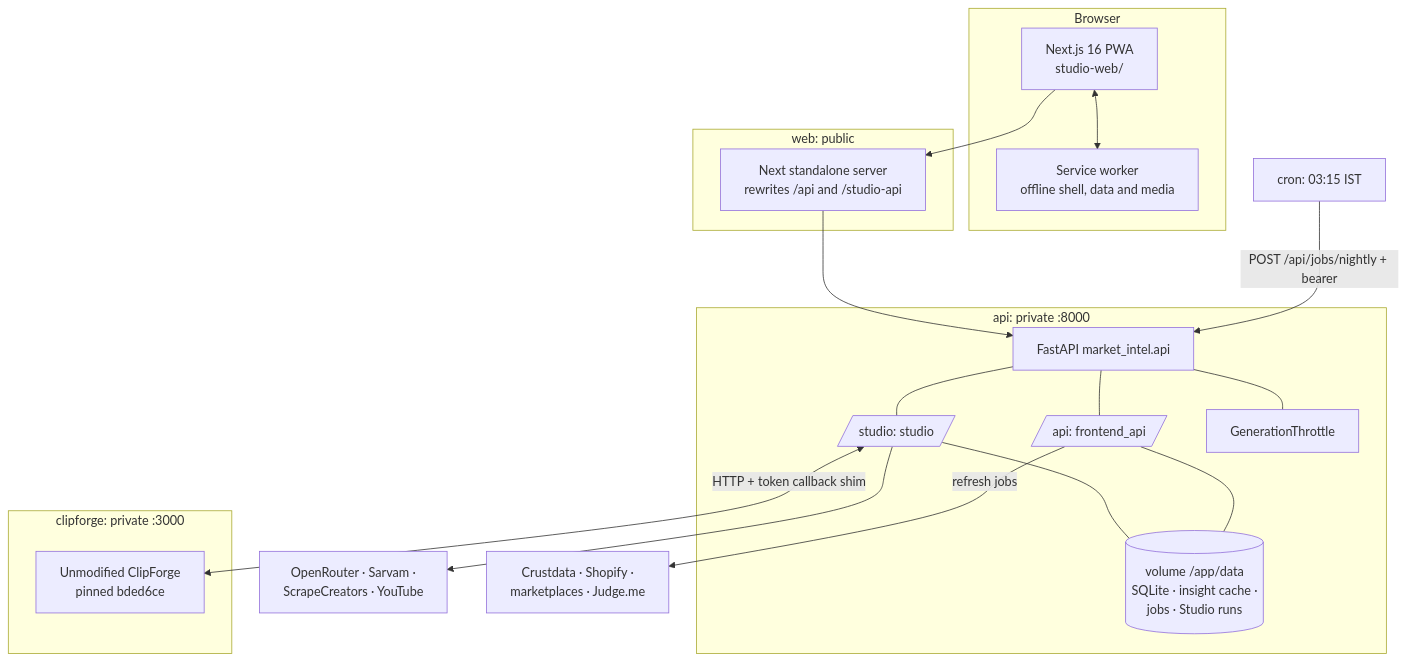
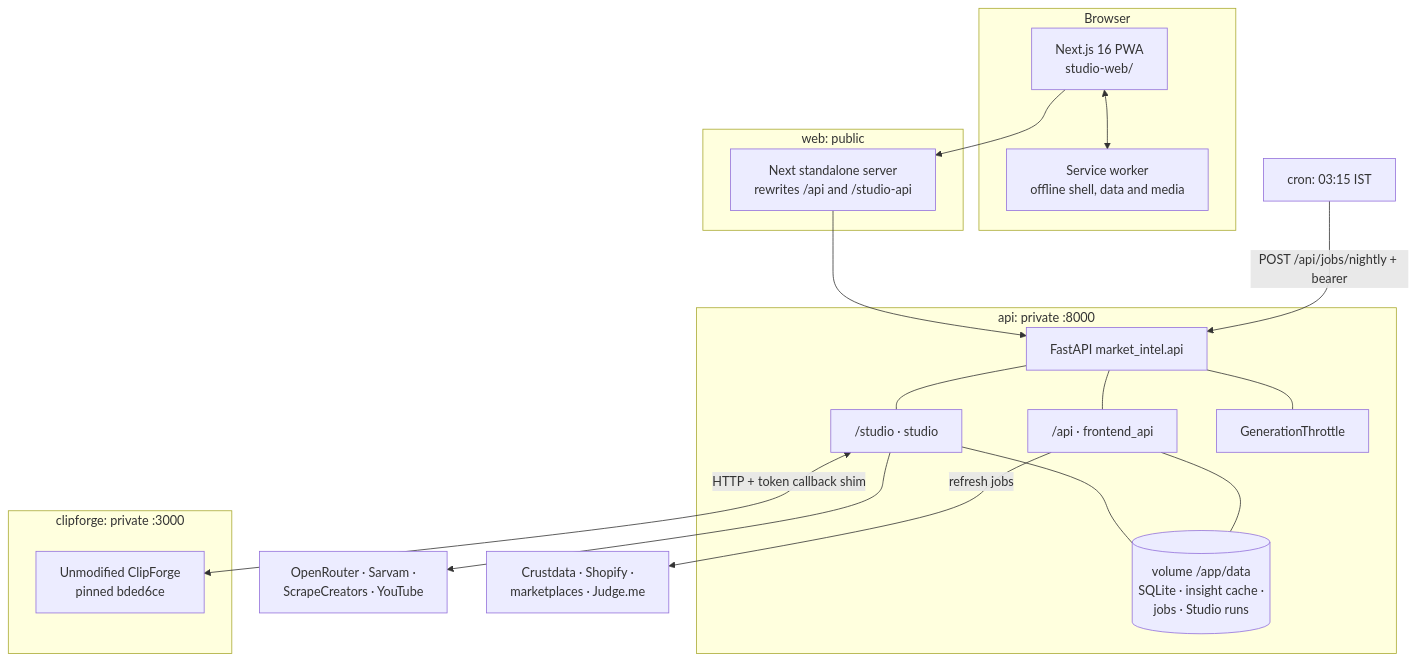
One commit to azimwarsii/dotandkey-hackathon changed the diagram in docs/architecture.md. Above: the diagram before and after it, drawn with Mermaid. The commit also changed other lines of this file and 37 other files, not shown here.

````diff
--- a/docs/architecture.md
+++ b/docs/architecture.md
@@ -15,29 +15,29 @@
 ```mermaid
 flowchart TB
   subgraph Browser
     PWA[Next.js 16 PWA<br/>studio-web/]
     SW[Service worker<br/>offline shell, data and media]
   end
   subgraph web [web: public]
     NX[Next standalone server<br/>rewrites /api and /studio-api]
   end
   subgraph api [api: private :8000]
     FA[FastAPI market_intel.api]
-    MAPI[/api: frontend_api/]
-    SAPI[/studio: studio/]
+    MAPI["/api · frontend_api"]
+    SAPI["/studio · studio"]
     TH[GenerationThrottle]
     VOL[(volume /app/data<br/>SQLite · insight cache ·<br/>jobs · Studio runs)]
   end
   subgraph cf [clipforge: private :3000]
     CF[Unmodified ClipForge<br/>pinned bded6ce]
   end
   CRON[cron: 03:15 IST] -->|POST /api/jobs/nightly + bearer| FA
   PWA <--> SW
   PWA --> NX --> FA
   FA --- TH
   FA --- MAPI & SAPI
   MAPI & SAPI --- VOL
   SAPI <-->|HTTP + token callback shim| CF
   SAPI --> EXT[OpenRouter · Sarvam ·<br/>ScrapeCreators · YouTube]
   MAPI -->|refresh jobs| EXT2[Crustdata · Shopify ·<br/>marketplaces · Judge.me]
 ```
````
